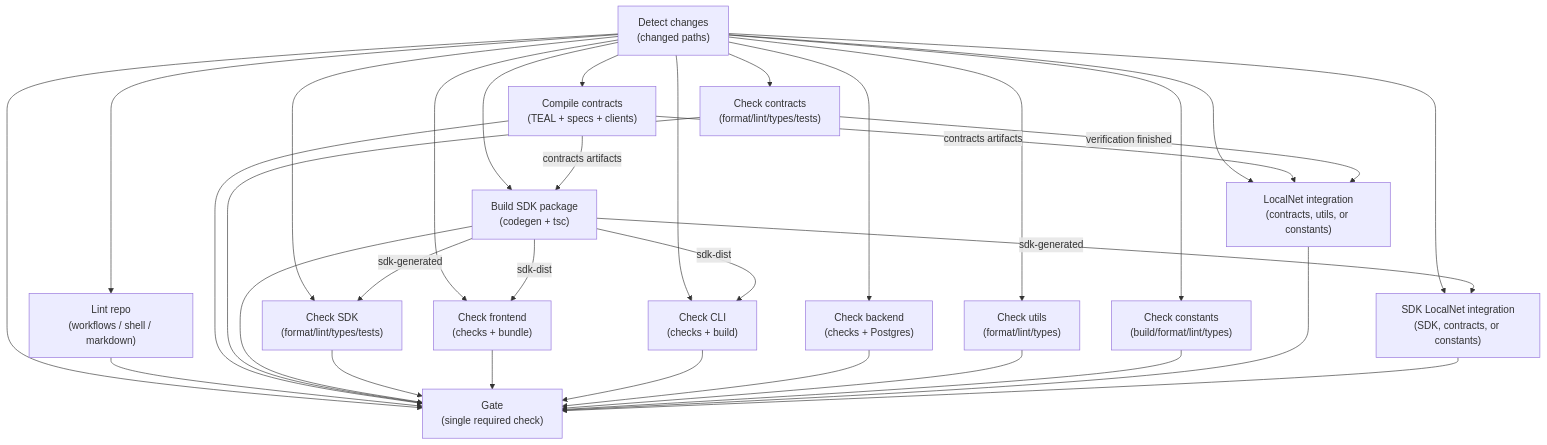
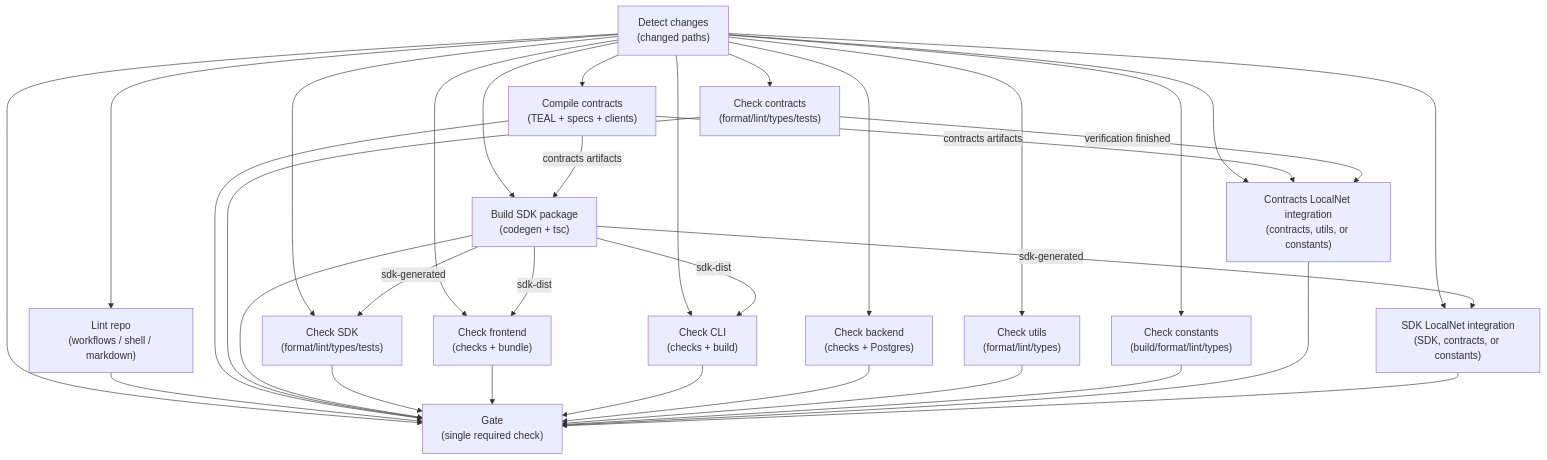
Before and after one commit to kasakame/kasakame: the diagram in docs/ci.md, drawn with Mermaid. The commit also changed other lines of this file and 2 other files, not shown here.

First line of the commit message:
ci: name the LocalNet jobs consistently

````diff
--- a/docs/ci.md
+++ b/docs/ci.md
@@ -98,50 +101,50 @@
 ```mermaid
 flowchart TD
     changes["Detect changes<br/>(changed paths)"]
     repo["Lint repo<br/>(workflows / shell / markdown)"]
     buildc["Compile contracts<br/>(TEAL + specs + clients)"]
     contracts["Check contracts<br/>(format/lint/types/tests)"]
     buildsdk["Build SDK package<br/>(codegen + tsc)"]
     sdk["Check SDK<br/>(format/lint/types/tests)"]
     frontend["Check frontend<br/>(checks + bundle)"]
     cli["Check CLI<br/>(checks + build)"]
     backend["Check backend<br/>(checks + Postgres)"]
     utils["Check utils<br/>(format/lint/types)"]
     constants["Check constants<br/>(build/format/lint/types)"]
-    integration["LocalNet integration<br/>(contracts, utils, or constants)"]
+    integrationcontracts["Contracts LocalNet integration<br/>(contracts, utils, or constants)"]
     integrationsdk["SDK LocalNet integration<br/>(SDK, contracts, or constants)"]
     gate["Gate<br/>(single required check)"]
 
     changes --> repo
     changes --> buildc
     changes --> contracts
     changes --> buildsdk
     changes --> sdk
     changes --> frontend
     changes --> cli
     changes --> backend
     changes --> utils
     changes --> constants
-    changes --> integration
+    changes --> integrationcontracts
     changes --> integrationsdk
     changes --> gate
     buildc -->|"contracts artifacts"| buildsdk
-    buildc -->|"contracts artifacts"| integration
-    contracts -->|"verification finished"| integration
+    buildc -->|"contracts artifacts"| integrationcontracts
+    contracts -->|"verification finished"| integrationcontracts
     buildsdk -->|"sdk-generated"| sdk
     buildsdk -->|"sdk-generated"| integrationsdk
     buildsdk -->|"sdk-dist"| frontend
     buildsdk -->|"sdk-dist"| cli
     repo --> gate
     buildc --> gate
     contracts --> gate
     buildsdk --> gate
     sdk --> gate
     frontend --> gate
     cli --> gate
     backend --> gate
     utils --> gate
     constants --> gate
-    integration --> gate
+    integrationcontracts --> gate
     integrationsdk --> gate
 ```
````
